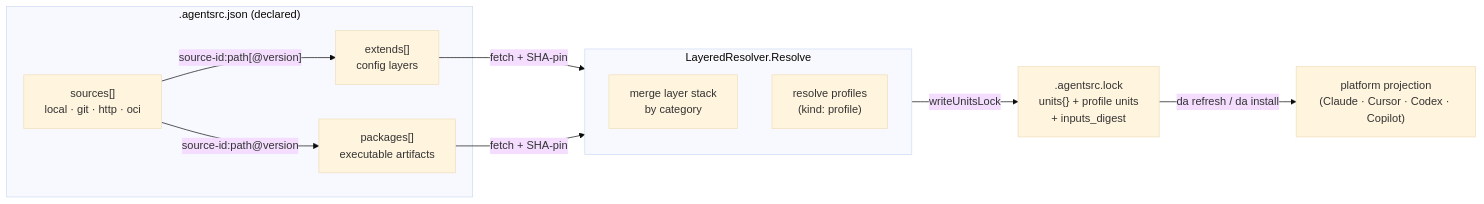
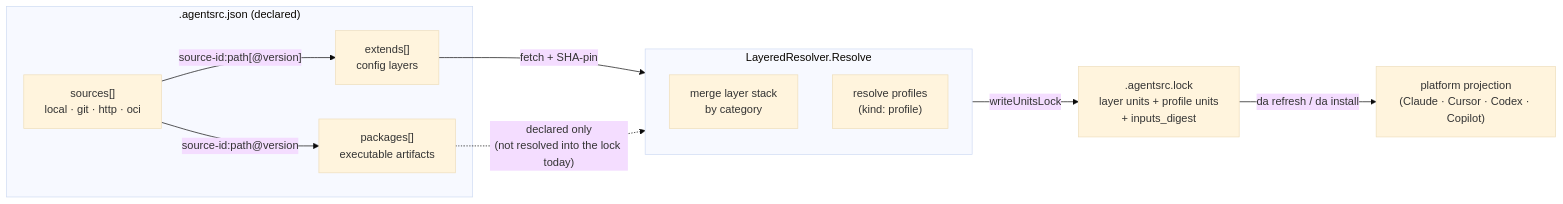
One commit to AGOrcha/dot-agents changed the diagram in docs/concepts/config-model.md. Above: the diagram before and after it, drawn with Mermaid (base theme). The commit also changed other lines of this file, not shown here.

First line of the commit message:
docs(concept): correct packages/lock/portability overclaims

````diff
--- a/docs/concepts/config-model.md
+++ b/docs/concepts/config-model.md
@@ -60,22 +60,22 @@
 ```mermaid
 flowchart LR
   subgraph Manifest[".agentsrc.json (declared)"]
     SRC["sources[]<br/>local · git · http · oci"]
     EXT["extends[]<br/>config layers"]
     PKG["packages[]<br/>executable artifacts"]
   end
 
   SRC -->|"source-id:path[@version]"| EXT
   SRC -->|"source-id:path@version"| PKG
 
   EXT -->|"fetch + SHA-pin"| RESOLVE
-  PKG -->|"fetch + SHA-pin"| RESOLVE
+  PKG -.->|"declared only<br/>(not resolved into the lock today)"| RESOLVE
 
   subgraph RESOLVE["LayeredResolver.Resolve"]
     MERGE["merge layer stack<br/>by category"]
     PROF["resolve profiles<br/>(kind: profile)"]
   end
 
-  RESOLVE -->|"writeUnitsLock"| LOCK[".agentsrc.lock<br/>units{} + profile units<br/>+ inputs_digest"]
+  RESOLVE -->|"writeUnitsLock"| LOCK[".agentsrc.lock<br/>layer units + profile units<br/>+ inputs_digest"]
   LOCK -->|"da refresh / da install"| OUT["platform projection<br/>(Claude · Cursor · Codex · Copilot)"]
 ```
````
